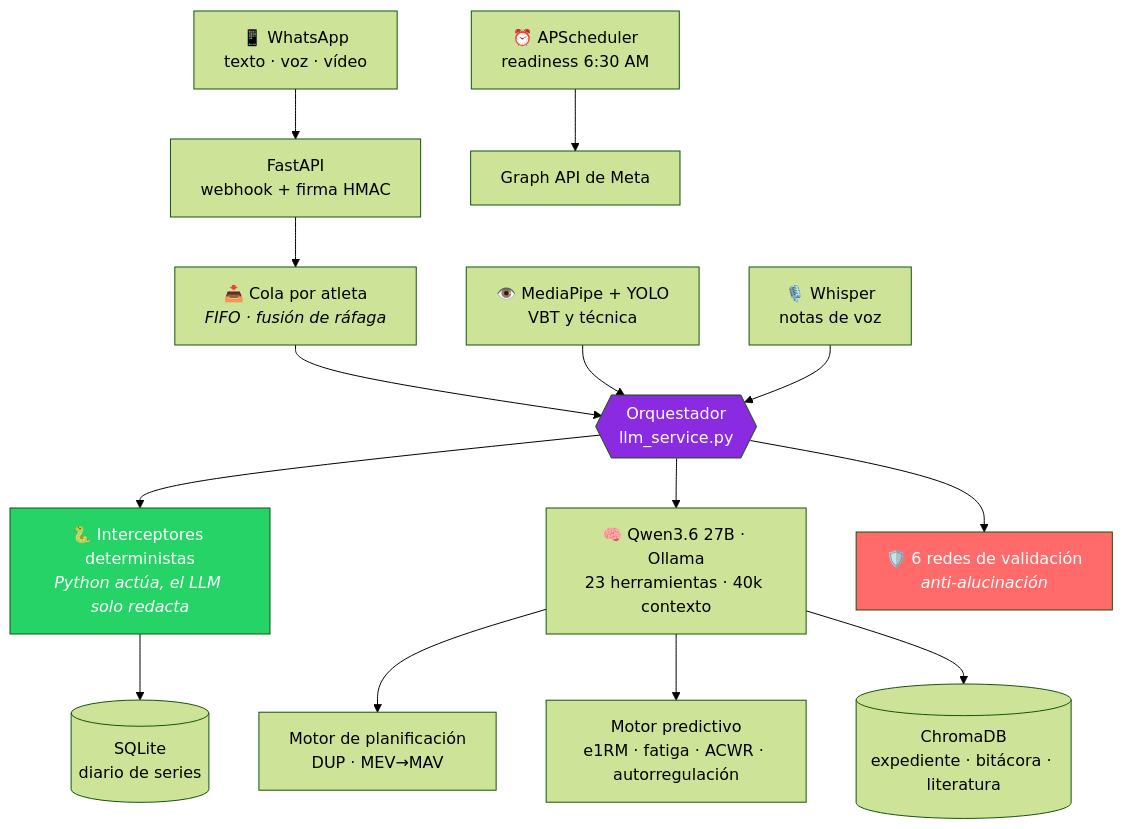
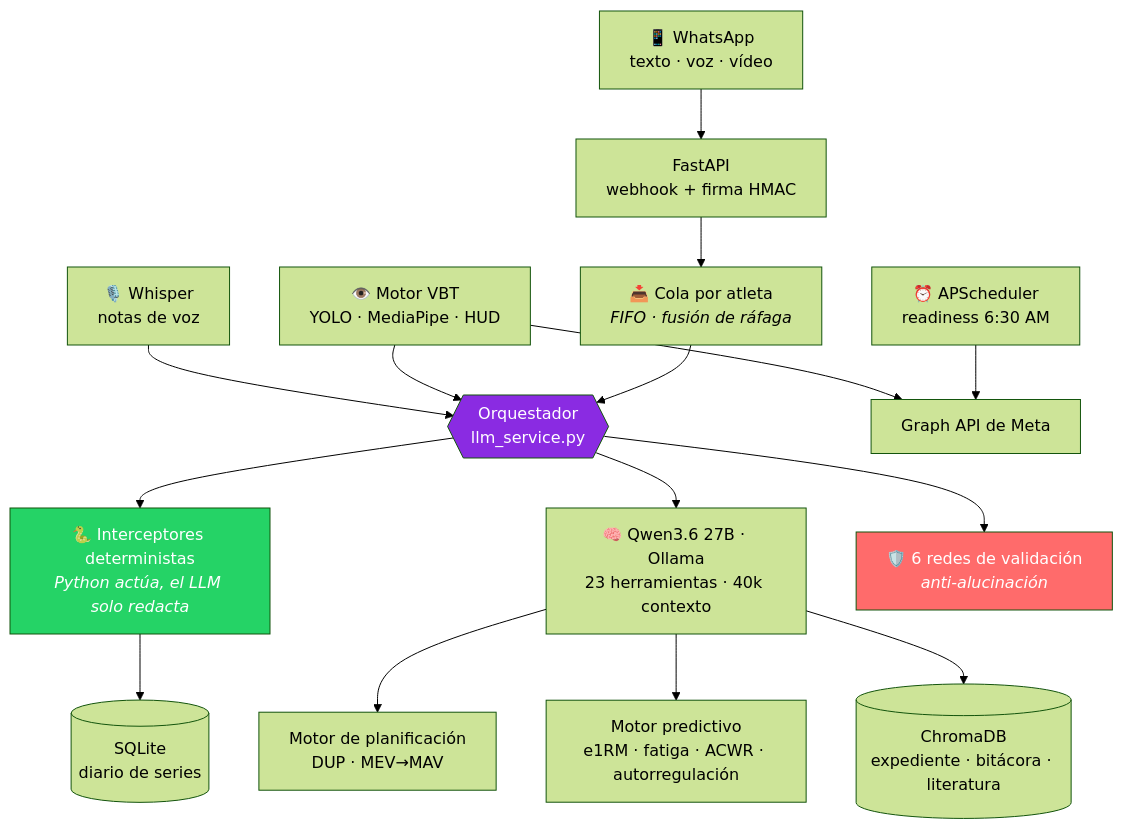
The diagram in README.md (AbiWorkspace/Agente-Iron-Progress), drawn with Mermaid (forest theme) before and after one commit. The commit also changed other lines of this file, not shown here.

````diff
--- a/README.md
+++ b/README.md
@@ -73,23 +74,24 @@
 ```mermaid
 flowchart TB
     A["📱 WhatsApp<br/>texto · voz · vídeo"] --> B["FastAPI<br/>webhook + firma HMAC"]
     B --> Q["📥 Cola por atleta<br/><i>FIFO · fusión de ráfaga</i>"]
     Q --> C{{"Orquestador<br/>llm_service.py"}}
 
     C --> D["🐍 Interceptores deterministas<br/><i>Python actúa, el LLM solo redacta</i>"]
     C --> E["🧠 Qwen3.6 27B · Ollama<br/>23 herramientas · 40k contexto"]
     C --> F["🛡️ 6 redes de validación<br/><i>anti-alucinación</i>"]
 
     D --> G[("SQLite<br/>diario de series")]
     E --> H["Motor de planificación<br/>DUP · MEV→MAV"]
     E --> I["Motor predictivo<br/>e1RM · fatiga · ACWR · autorregulación"]
     E --> J[("ChromaDB<br/>expediente · bitácora · literatura")]
 
     K["⏰ APScheduler<br/>readiness 6:30 AM"] --> N["Graph API de Meta"]
-    L["👁️ MediaPipe + YOLO<br/>VBT y técnica"] --> C
+    L["👁️ Motor VBT<br/>YOLO · MediaPipe · HUD"] --> C
+    L --> N
     M["🎙️ Whisper<br/>notas de voz"] --> C
 
     style C fill:#8A2BE2,color:#fff
     style F fill:#FF6B6B,color:#fff
     style D fill:#25D366,color:#fff
 ```
````
